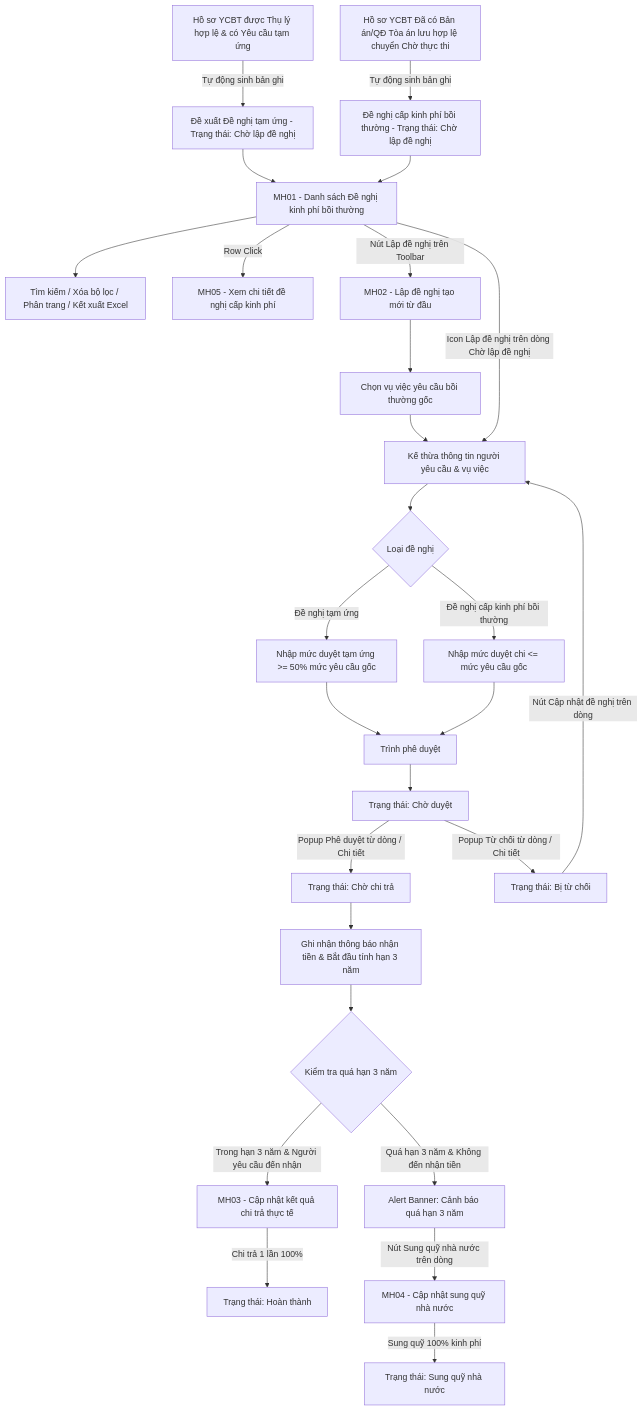
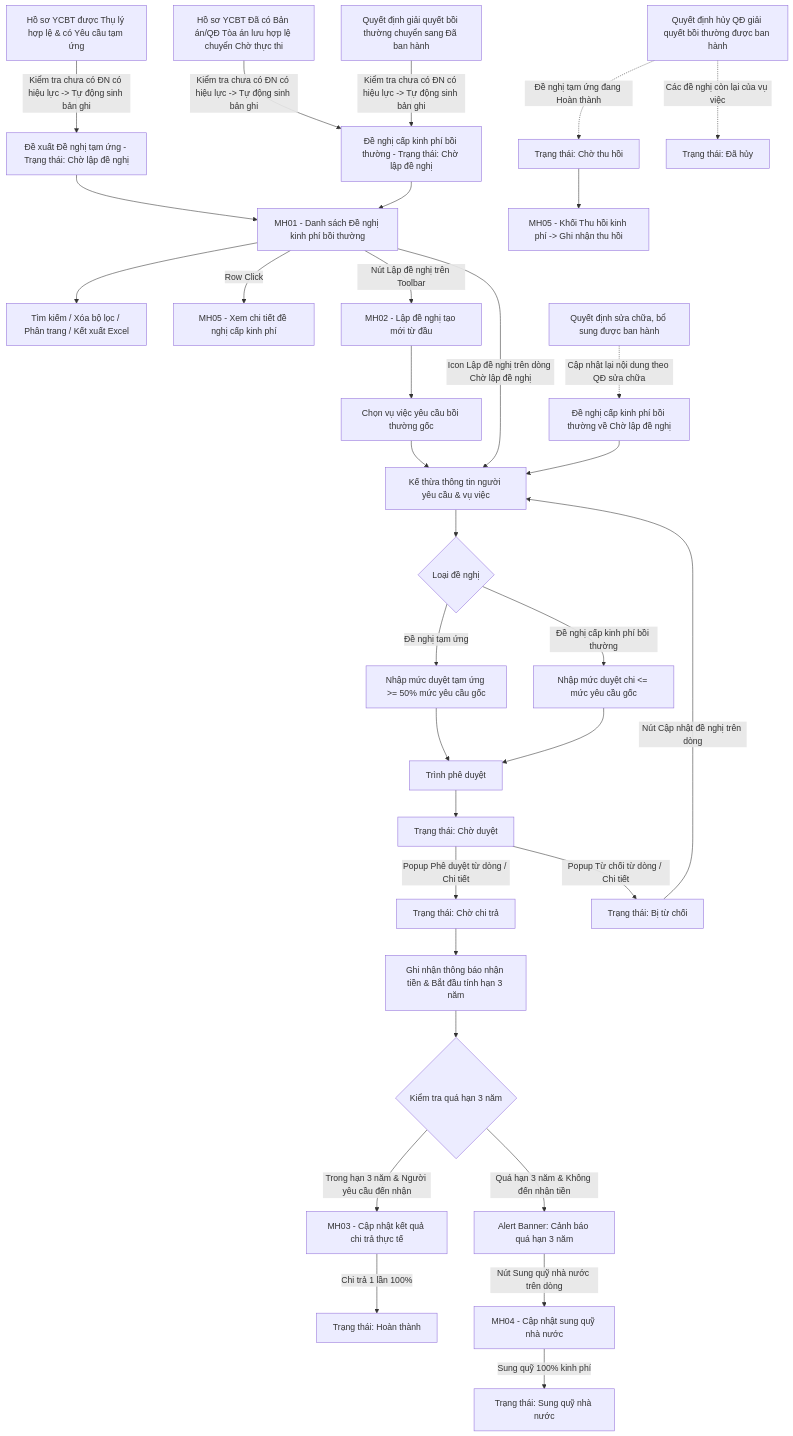
The diagram in Tai lieu phan tich/03_Website_Quan_tri/03_Cong_tac_boi_thuong/SRS_BTNN_GiaiQuyetBT_KinhPhi_BT.md (huyendt2007/BPBD_UI), drawn with Mermaid before and after one commit. The commit also changed other lines of this file and 19 other files, not shown here.

Commit message:
Hoàn thành QĐ giải quyết bồi thường + hiệu chỉnh Xem xét trách nhiệm hoàn trả

````diff
--- a/Tai lieu phan tich/03_Website_Quan_tri/03_Cong_tac_boi_thuong/SRS_BTNN_GiaiQuyetBT_KinhPhi_BT.md
+++ b/Tai lieu phan tich/03_Website_Quan_tri/03_Cong_tac_boi_thuong/SRS_BTNN_GiaiQuyetBT_KinhPhi_BT.md
@@ -33,29 +37,35 @@
 ```mermaid
 flowchart TD
-    A0[Hồ sơ YCBT được Thụ lý hợp lệ & có Yêu cầu tạm ứng] -->|Tự động sinh bản ghi| A1[Đề xuất Đề nghị tạm ứng - Trạng thái: Chờ lập đề nghị]
-    A02[Hồ sơ YCBT Đã có Bản án/QĐ Tòa án lưu hợp lệ chuyển Chờ thực thi] -->|Tự động sinh bản ghi| A2[Đề nghị cấp kinh phí bồi thường - Trạng thái: Chờ lập đề nghị]
+    A0[Hồ sơ YCBT được Thụ lý hợp lệ & có Yêu cầu tạm ứng] -->|Kiểm tra chưa có ĐN có hiệu lực -> Tự động sinh bản ghi| A1[Đề xuất Đề nghị tạm ứng - Trạng thái: Chờ lập đề nghị]
+    A02[Hồ sơ YCBT Đã có Bản án/QĐ Tòa án lưu hợp lệ chuyển Chờ thực thi] -->|Kiểm tra chưa có ĐN có hiệu lực -> Tự động sinh bản ghi| A2[Đề nghị cấp kinh phí bồi thường - Trạng thái: Chờ lập đề nghị]
+    A03[Quyết định giải quyết bồi thường chuyển sang Đã ban hành] -->|Kiểm tra chưa có ĐN có hiệu lực -> Tự động sinh bản ghi| A2
     A1 --> A[MH01 - Danh sách Đề nghị kinh phí bồi thường]
     A2 --> A
     A --> B[Tìm kiếm / Xóa bộ lọc / Phân trang / Kết xuất Excel]
     A -->|Row Click| V[MH05 - Xem chi tiết đề nghị cấp kinh phí]
     A -->|Nút Lập đề nghị trên Toolbar| C[MH02 - Lập đề nghị tạo mới từ đầu]
     C --> D[Chọn vụ việc yêu cầu bồi thường gốc]
     D --> E[Kế thừa thông tin người yêu cầu & vụ việc]
     A -->|Icon Lập đề nghị trên dòng Chờ lập đề nghị| E
     E --> F{Loại đề nghị}
     F -->|Đề nghị tạm ứng| F1[Nhập mức duyệt tạm ứng >= 50% mức yêu cầu gốc]
     F -->|Đề nghị cấp kinh phí bồi thường| F2[Nhập mức duyệt chi <= mức yêu cầu gốc]
     F1 --> G[Trình phê duyệt]
     F2 --> G
     G --> H[Trạng thái: Chờ duyệt]
     H -->|Popup Phê duyệt từ dòng / Chi tiết| J[Trạng thái: Chờ chi trả]
     H -->|Popup Từ chối từ dòng / Chi tiết| K[Trạng thái: Bị từ chối]
     K -->|Nút Cập nhật đề nghị trên dòng| E
     J --> P[Ghi nhận thông báo nhận tiền & Bắt đầu tính hạn 3 năm]
     P --> Q{Kiểm tra quá hạn 3 năm}
     Q -->|Trong hạn 3 năm & Người yêu cầu đến nhận| L[MH03 - Cập nhật kết quả chi trả thực tế]
     L -->|Chi trả 1 lần 100%| N[Trạng thái: Hoàn thành]
     Q -->|Quá hạn 3 năm & Không đến nhận tiền| R[Alert Banner: Cảnh báo quá hạn 3 năm]
     R -->|Nút Sung quỹ nhà nước trên dòng| S[MH04 - Cập nhật sung quỹ nhà nước]
     S -->|Sung quỹ 100% kinh phí| U[Trạng thái: Sung quỹ nhà nước]
+    X0[Quyết định hủy QĐ giải quyết bồi thường được ban hành] -.->|Đề nghị tạm ứng đang Hoàn thành| X1[Trạng thái: Chờ thu hồi]
+    X0 -.->|Các đề nghị còn lại của vụ việc| X2[Trạng thái: Đã hủy]
+    X1 --> X3[MH05 - Khối Thu hồi kinh phí -> Ghi nhận thu hồi]
+    Y0[Quyết định sửa chữa, bổ sung được ban hành] -.->|Cập nhật lại nội dung theo QĐ sửa chữa| Y1[Đề nghị cấp kinh phí bồi thường về Chờ lập đề nghị]
+    Y1 --> E
 ```
````
